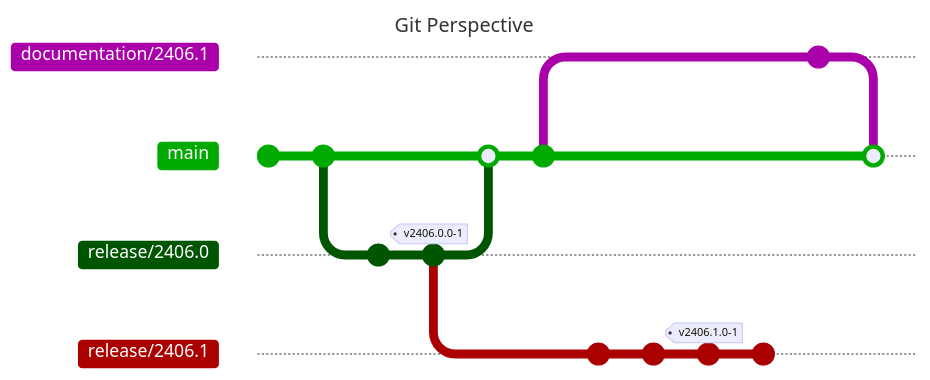
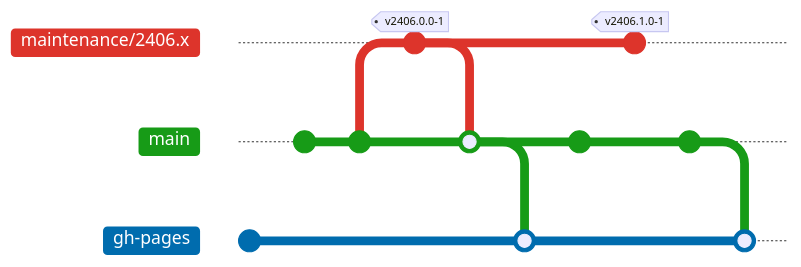
The second of 2 diagrams in website/dev/release/steps/07-merge.mdx (CoreMedia/coremedia-globallink-connect-integration), drawn with Mermaid before and after one commit. The commit also changed other lines of this file and 4 other files, not shown here. Commit ids are hidden.

````diff
--- a/website/dev/release/steps/07-merge.mdx
+++ b/website/dev/release/steps/07-merge.mdx
@@ -61,38 +62,35 @@
 ```mermaid
 ---
-title: "Git Perspective"
 config:
   theme: 'default'
   themeVariables:
-      'git0': '#aa00aa'
-      'git1': '#00aa00'
-      'git2': '#005500'
-      'git3': '#aa0000'
+      'git0': '#dd342b'
+      'git1': '#179b17'
+      'git2': '#006cae'
       'gitBranchLabel0': '#ffffff'
       'gitBranchLabel1': '#ffffff'
       'gitBranchLabel2': '#ffffff'
-      'gitBranchLabel3': '#ffffff'
   gitGraph:
-    mainBranchOrder: 1
+    mainBranchOrder: 97
 ---
 gitGraph:
-  commit
-  commit
-  branch "release/2406.0" order: 2
-  commit
-  commit tag: "v2406.0.0-1"
+  branch gh-pages order: 98
+  commit id: "orphaned"
   checkout main
-  merge "release/2406.0"
-  commit
-  checkout "release/2406.0"
-  branch "release/2406.1" order: 4
-  commit id: "Set CMCC Version"
-  commit id: "Update GCC Client"
-  commit id: "Update Third-Party" tag: "v2406.1.0-1"
-  commit id: "2406.1+ maintenance"
+  commit id: " "
+  commit id: "maintenance/2406.x"
+  branch "maintenance/2406.x" order: 50
+  commit id: "  " tag: "v2406.0.0-1"
   checkout main
-  branch "documentation/2406.1" order: 0
-  commit id: "Update Documentation"
+  merge "maintenance/2406.x"
+  checkout gh-pages
+  merge main
   checkout main
-  merge "documentation/2406.1" id: "Merge Documentation Updates"
+  commit id: "   "
+  checkout "maintenance/2406.x"
+  commit id: "merge approve/2406.1" tag: "v2406.1.0-1"
+  checkout main
+  commit id: "update documentation"
+  checkout gh-pages
+  merge main
 ```
````
